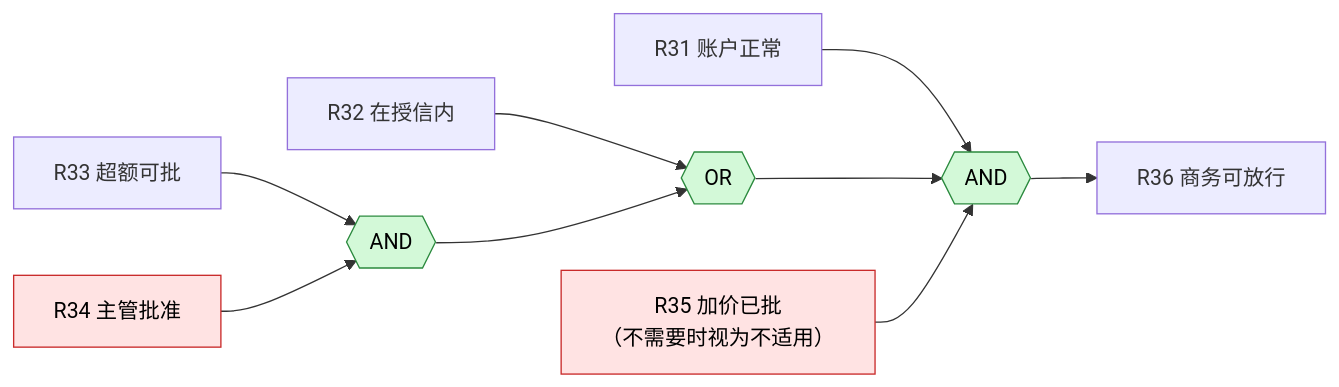
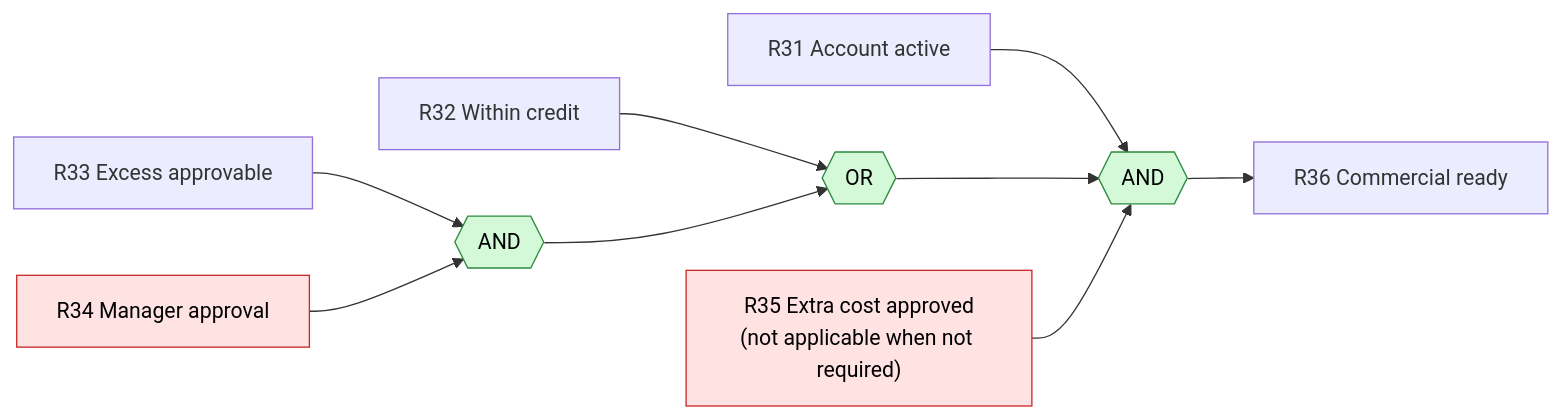
The third of 4 diagrams in docs/business-rules-map.md (ClydeShen/durable-jev), drawn with Mermaid before and after one commit. The commit also changed other lines of this file, not shown here.

````diff
--- a/docs/business-rules-map.md
+++ b/docs/business-rules-map.md
@@ -155,16 +155,16 @@
 ```mermaid
 flowchart LR
-    R31["R31 账户正常"] --> AND1{{"AND"}}
-    R32["R32 在授信内"] --> OR{{"OR"}}
-    R33["R33 超额可批"] --> AND2{{"AND"}}
-    R34["R34 主管批准"] --> AND2
+    R31["R31 Account active"] --> AND1{{"AND"}}
+    R32["R32 Within credit"] --> OR{{"OR"}}
+    R33["R33 Excess approvable"] --> AND2{{"AND"}}
+    R34["R34 Manager approval"] --> AND2
     AND2 --> OR
     OR --> AND1
-    R35["R35 加价已批<br/>（不需要时视为不适用）"] --> AND1
-    AND1 --> R36["R36 商务可放行"]
+    R35["R35 Extra cost approved<br/>(not applicable when not required)"] --> AND1
+    AND1 --> R36["R36 Commercial ready"]
 
     classDef gate fill:#d3f9d8,stroke:#2b8a3e,color:#000
     classDef approval fill:#ffe3e3,stroke:#c92a2a,color:#000
     class AND1,AND2,OR gate
     class R34,R35 approval
 ```
````
